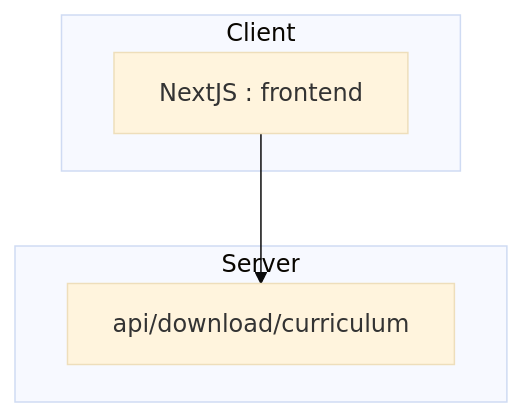
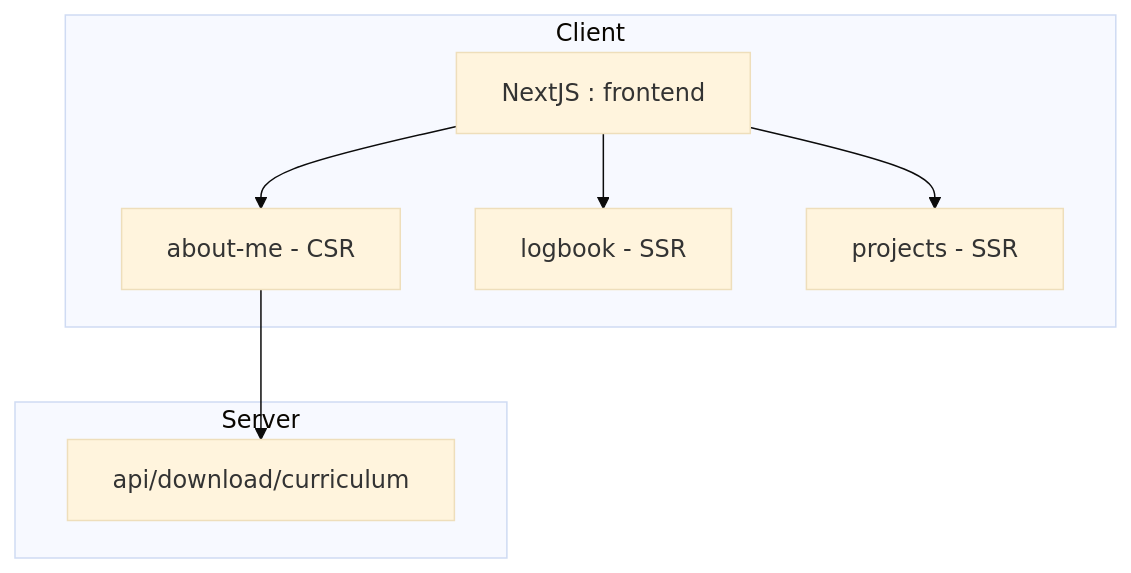
One commit to Stephane-Pires/caravel changed the diagram in README.md. Above: the diagram before and after it, drawn with Mermaid (base theme). The commit also changed 1 other file, not shown here.

Commit message:
docs(app): 📚 Update readme
Add a changeset entry

Changelog: documentation

````diff
--- a/README.md
+++ b/README.md
@@ -71,12 +71,14 @@
 ```mermaid
 graph TD;
     subgraph Client
-        A[NextJS : frontend]
+        A[NextJS : frontend] --> B[about-me - CSR]
+        A --> D[logbook - SSR]
+        A --> E[projects - SSR]
     end
 
     subgraph Server
         C[api/download/curriculum]
     end
 
-    A --> C
+    B --> C
 ```
````
